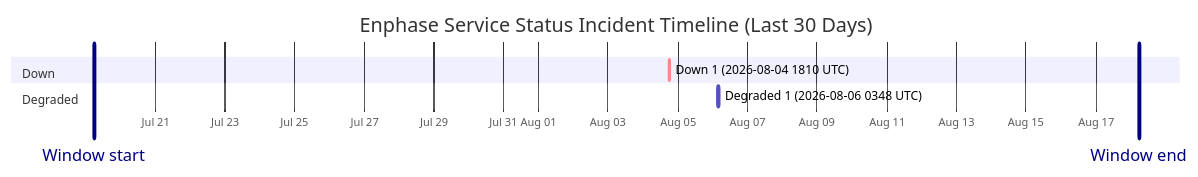
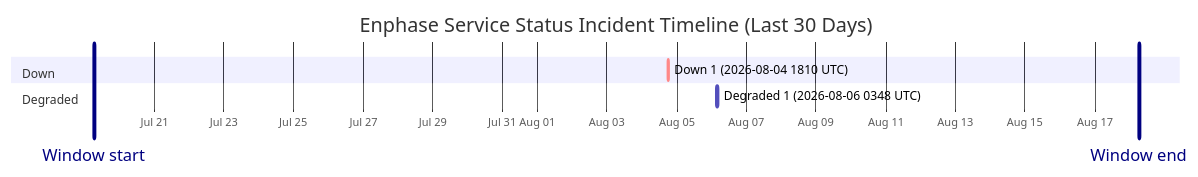
The diagram in wiki/Service-Status-History.md (barneyonline/ha-enphase-energy), drawn with Mermaid before and after one commit. The commit also changed other lines of this file and 3 other files, not shown here.

````diff
--- a/wiki/Service-Status-History.md
+++ b/wiki/Service-Status-History.md
@@ -14,12 +14,12 @@
 ```mermaid
 gantt
     title Enphase Service Status Incident Timeline (Last 30 Days)
     dateFormat  YYYY-MM-DDTHH:mm:ss
     axisFormat  %b %d
-    Window start :vert, window-start, 2026-07-19T05:55:24, 0ms
-    Window end :vert, window-end, 2026-08-18T05:55:24, 0ms
+    Window start :vert, window-start, 2026-07-19T06:40:13, 0ms
+    Window end :vert, window-end, 2026-08-18T06:40:13, 0ms
     section Down
     Down 1 (2026-08-04 1810 UTC) :crit, down-1, 2026-08-04T18:10:46, 60m
     section Degraded
     Degraded 1 (2026-08-06 0348 UTC) :active, degraded-1, 2026-08-06T03:48:14, 60m
 ```
````
